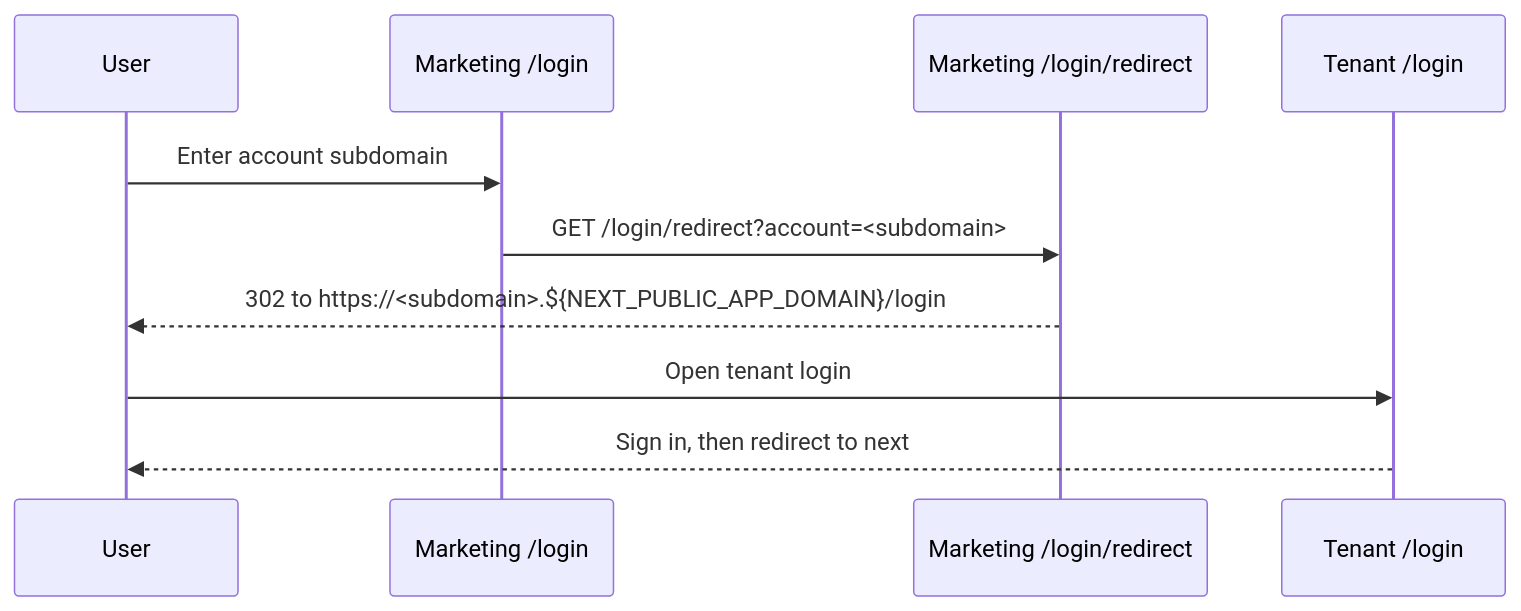
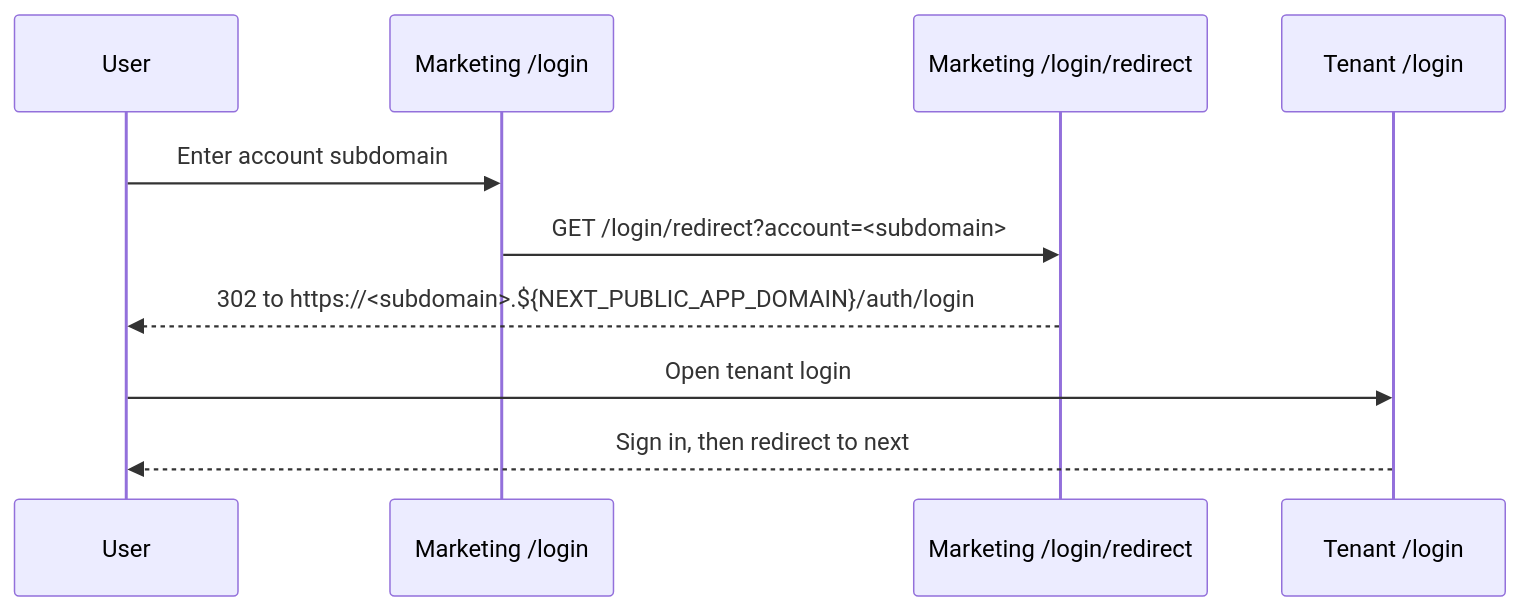
The seventh of 11 diagrams in README.md (steve-piece/subdomain-isolated-turborepo), drawn with Mermaid before and after one commit. The commit also changed other lines of this file and 7 other files, not shown here.

````diff
--- a/README.md
+++ b/README.md
@@ -322,12 +322,12 @@
 ```mermaid
 sequenceDiagram
   participant User
   participant Marketing as Marketing /login
   participant Redirect as Marketing /login/redirect
   participant Tenant as Tenant /login
   User->>Marketing: Enter account subdomain
   Marketing->>Redirect: GET /login/redirect?account=<subdomain>
-  Redirect-->>User: 302 to https://<subdomain>.${NEXT_PUBLIC_APP_DOMAIN}/login
+  Redirect-->>User: 302 to https://<subdomain>.${NEXT_PUBLIC_APP_DOMAIN}/auth/login
   User->>Tenant: Open tenant login
   Tenant-->>User: Sign in, then redirect to next
 ```
````
